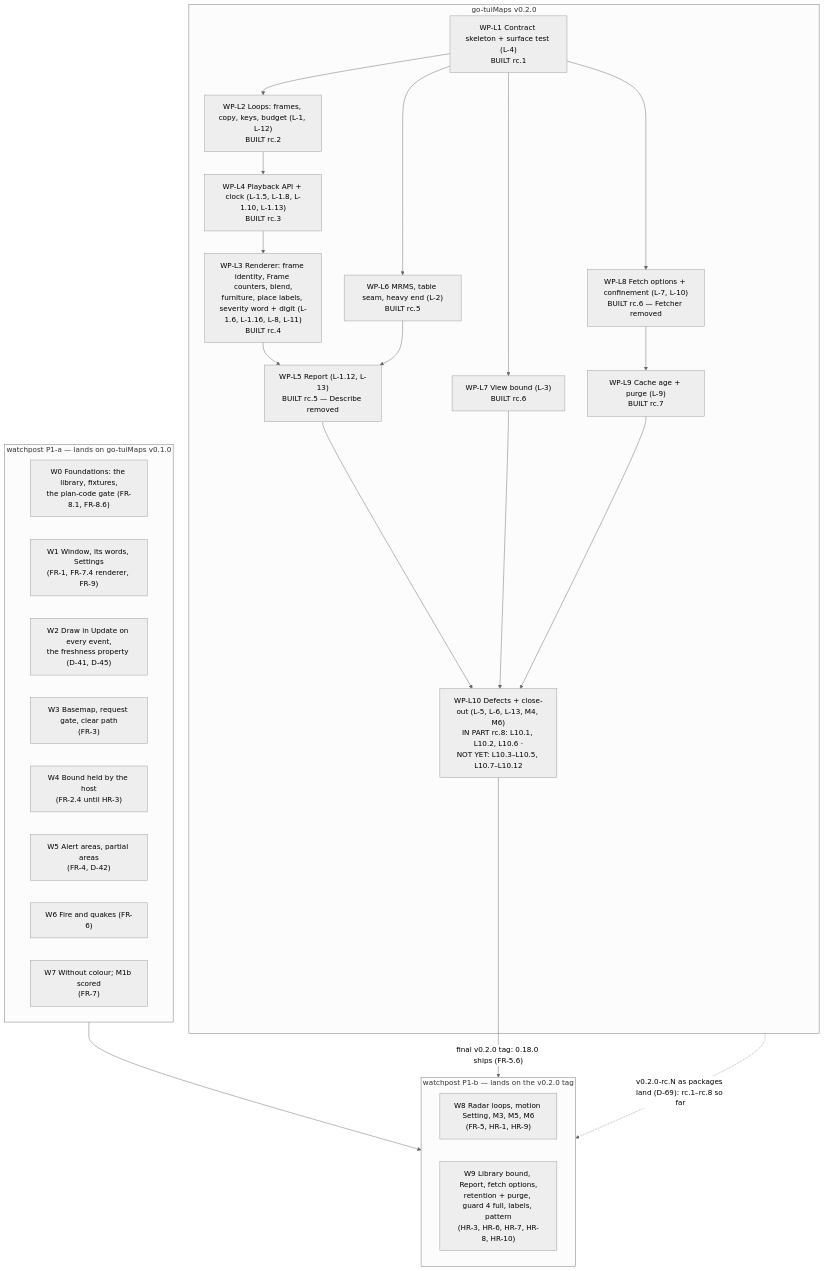
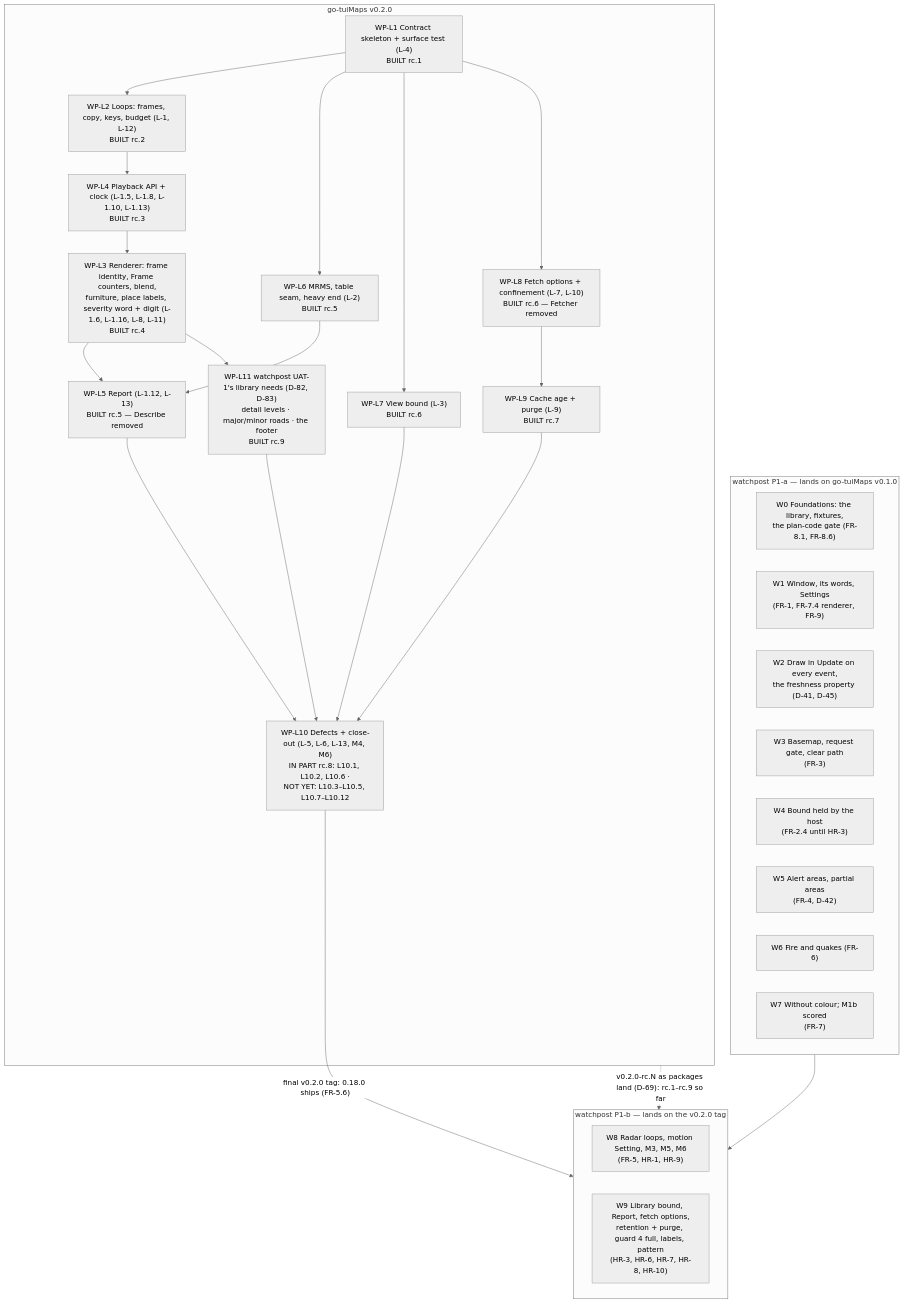
One commit to branden-thompson/go-tuimaps changed the diagram in 06_docs/02_features/radar-loops/03-architecture-design/integration-map.md. Above: the diagram before and after it, drawn with Mermaid (neutral theme). The commit also changed other lines of this file and 28 other files, not shown here.

First line of the commit message:
WP-L11: watchpost UAT-1's library needs - detail levels, roads apart, the footer

````diff
--- a/06_docs/02_features/radar-loops/03-architecture-design/integration-map.md
+++ b/06_docs/02_features/radar-loops/03-architecture-design/integration-map.md
@@ -21,39 +21,41 @@
 ```mermaid
 flowchart TB
   subgraph WP1["watchpost P1-a — lands on go-tuiMaps v0.1.0"]
     W0["W0 Foundations: the library, fixtures,<br/>the plan-code gate (FR-8.1, FR-8.6)"]
     W1["W1 Window, its words, Settings<br/>(FR-1, FR-7.4 renderer, FR-9)"]
     W2["W2 Draw in Update on every event,<br/>the freshness property (D-41, D-45)"]
     W3["W3 Basemap, request gate, clear path<br/>(FR-3)"]
     W4["W4 Bound held by the host<br/>(FR-2.4 until HR-3)"]
     W5["W5 Alert areas, partial areas<br/>(FR-4, D-42)"]
     W6["W6 Fire and quakes (FR-6)"]
     W7["W7 Without colour; M1b scored<br/>(FR-7)"]
   end
   subgraph LIB["go-tuiMaps v0.2.0"]
     WPL1["WP-L1 Contract skeleton + surface test (L-4)<br/>BUILT rc.1"]
     WPL2["WP-L2 Loops: frames, copy, keys, budget (L-1, L-12)<br/>BUILT rc.2"]
     WPL4["WP-L4 Playback API + clock (L-1.5, L-1.8, L-1.10, L-1.13)<br/>BUILT rc.3"]
     WPL3["WP-L3 Renderer: frame identity, Frame counters, blend,<br/>furniture, place labels, severity word + digit (L-1.6, L-1.16, L-8, L-11)<br/>BUILT rc.4"]
     WPL5["WP-L5 Report (L-1.12, L-13)<br/>BUILT rc.5 — Describe removed"]
     WPL6["WP-L6 MRMS, table seam, heavy end (L-2)<br/>BUILT rc.5"]
     WPL7["WP-L7 View bound (L-3)<br/>BUILT rc.6"]
     WPL8["WP-L8 Fetch options + confinement (L-7, L-10)<br/>BUILT rc.6 — Fetcher removed"]
     WPL9["WP-L9 Cache age + purge (L-9)<br/>BUILT rc.7"]
     WPL10["WP-L10 Defects + close-out (L-5, L-6, L-13, M4, M6)<br/>IN PART rc.8: L10.1, L10.2, L10.6 ·<br/>NOT YET: L10.3–L10.5, L10.7–L10.12"]
+    WPL11["WP-L11 watchpost UAT-1's library needs (D-82, D-83)<br/>detail levels · major/minor roads · the footer<br/>BUILT rc.9"]
     WPL1 --> WPL2 --> WPL4 --> WPL3 --> WPL5
     WPL1 --> WPL6 --> WPL5
     WPL1 --> WPL7
     WPL1 --> WPL8 --> WPL9
     WPL5 --> WPL10
     WPL7 --> WPL10
     WPL9 --> WPL10
+    WPL3 --> WPL11 --> WPL10
   end
   subgraph WP2["watchpost P1-b — lands on the v0.2.0 tag"]
     W8["W8 Radar loops, motion Setting, M3, M5, M6<br/>(FR-5, HR-1, HR-9)"]
     W9["W9 Library bound, Report, fetch options,<br/>retention + purge, guard 4 full, labels, pattern<br/>(HR-3, HR-6, HR-7, HR-8, HR-10)"]
   end
   WP1 --> WP2
   WPL10 -->|"final v0.2.0 tag: 0.18.0 ships (FR-5.6)"| WP2
-  LIB -.->|"v0.2.0-rc.N as packages land (D-69): rc.1–rc.8 so far"| WP2
+  LIB -.->|"v0.2.0-rc.N as packages land (D-69): rc.1–rc.9 so far"| WP2
 ```
````
